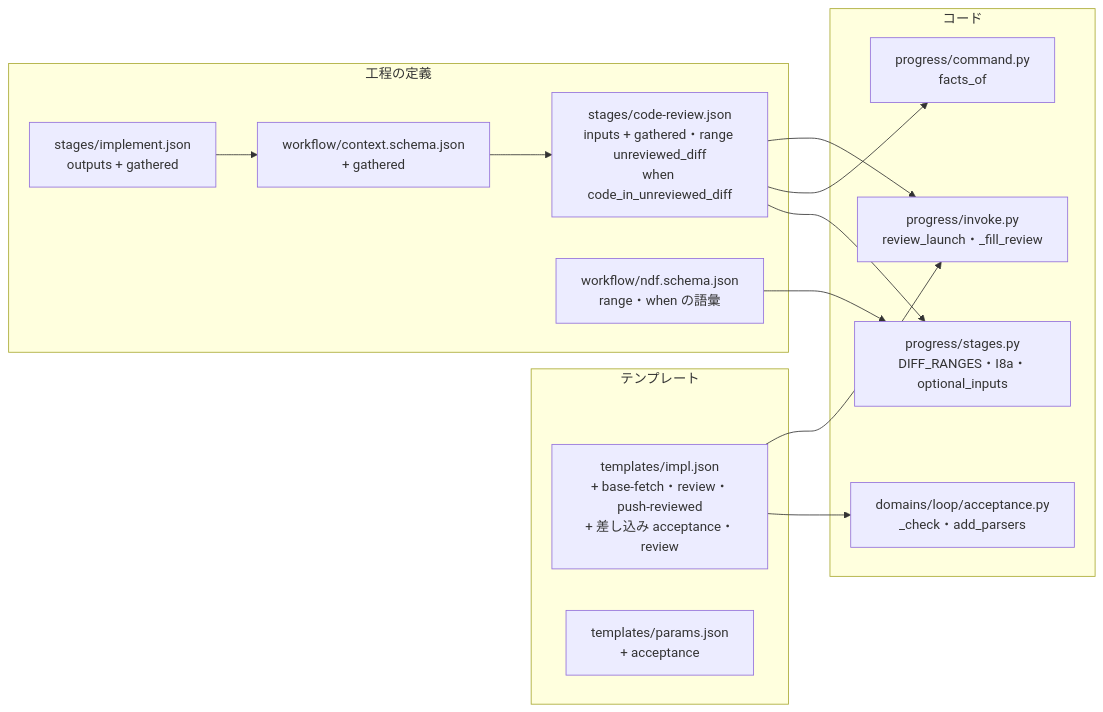
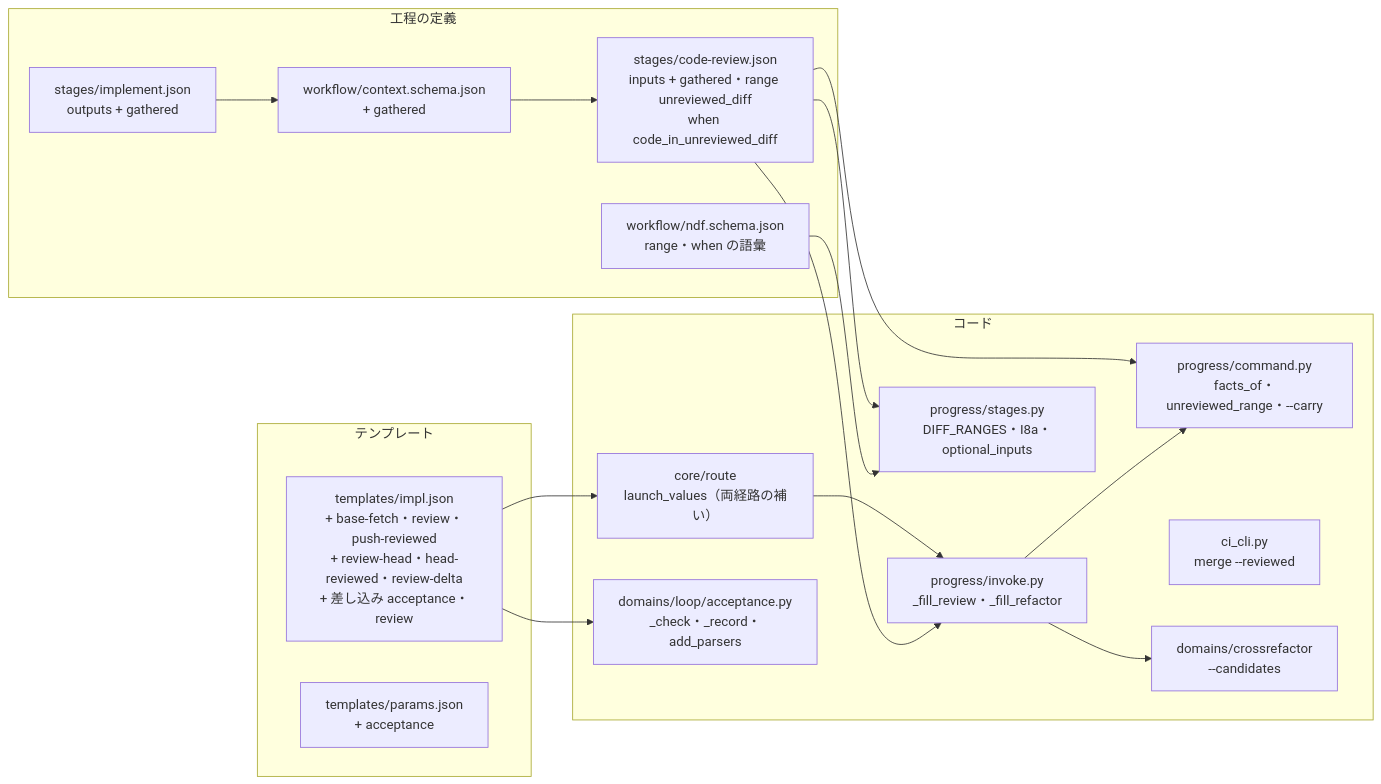
One commit to devbasex/ai-plugins changed the diagram in issues/issue-3879-design-detail.md. Above: the diagram before and after it, drawn with Mermaid. The commit also changed other lines of this file and 1 other file, not shown here.

First line of the commit message:
Docs: #3879 の cross-review の指摘 8 件を設計書と詳細設計へ反映する

````diff
--- a/issues/issue-3879-design-detail.md
+++ b/issues/issue-3879-design-detail.md
@@ -7,26 +7,32 @@
 ```mermaid
 graph LR
   subgraph テンプレート
-    IMPL["templates/impl.json<br/>+ base-fetch・review・push-reviewed<br/>+ 差し込み acceptance・review"]
+    IMPL["templates/impl.json<br/>+ base-fetch・review・push-reviewed<br/>+ review-head・head-reviewed・review-delta<br/>+ 差し込み acceptance・review"]
     PARAMS["templates/params.json<br/>+ acceptance"]
   end
   subgraph 工程の定義
     IMP["stages/implement.json<br/>outputs + gathered"]
     CR["stages/code-review.json<br/>inputs + gathered・range unreviewed_diff<br/>when code_in_unreviewed_diff"]
     SCHEMA["workflow/ndf.schema.json<br/>range・when の語彙"]
     CTX["workflow/context.schema.json<br/>+ gathered"]
   end
   subgraph コード
-    INV["progress/invoke.py<br/>review_launch・_fill_review"]
-    CMD["progress/command.py<br/>facts_of"]
+    ROUTE["core/route<br/>launch_values（両経路の補い）"]
+    INV["progress/invoke.py<br/>_fill_review・_fill_refactor"]
+    CMD["progress/command.py<br/>facts_of・unreviewed_range・--carry"]
     STG["progress/stages.py<br/>DIFF_RANGES・I8a・optional_inputs"]
-    ACC["domains/loop/acceptance.py<br/>_check・add_parsers"]
+    ACC["domains/loop/acceptance.py<br/>_check・_record・add_parsers"]
+    CI["ci_cli.py<br/>merge --reviewed"]
+    CRF["domains/crossrefactor<br/>--candidates"]
   end
-  IMPL --> INV
+  IMPL --> ROUTE
+  ROUTE --> INV
   IMPL --> ACC
   CR --> INV
   CR --> CMD
   CR --> STG
+  INV --> CMD
+  INV --> CRF
   SCHEMA --> STG
   IMP --> CTX --> CR
 ```
````
